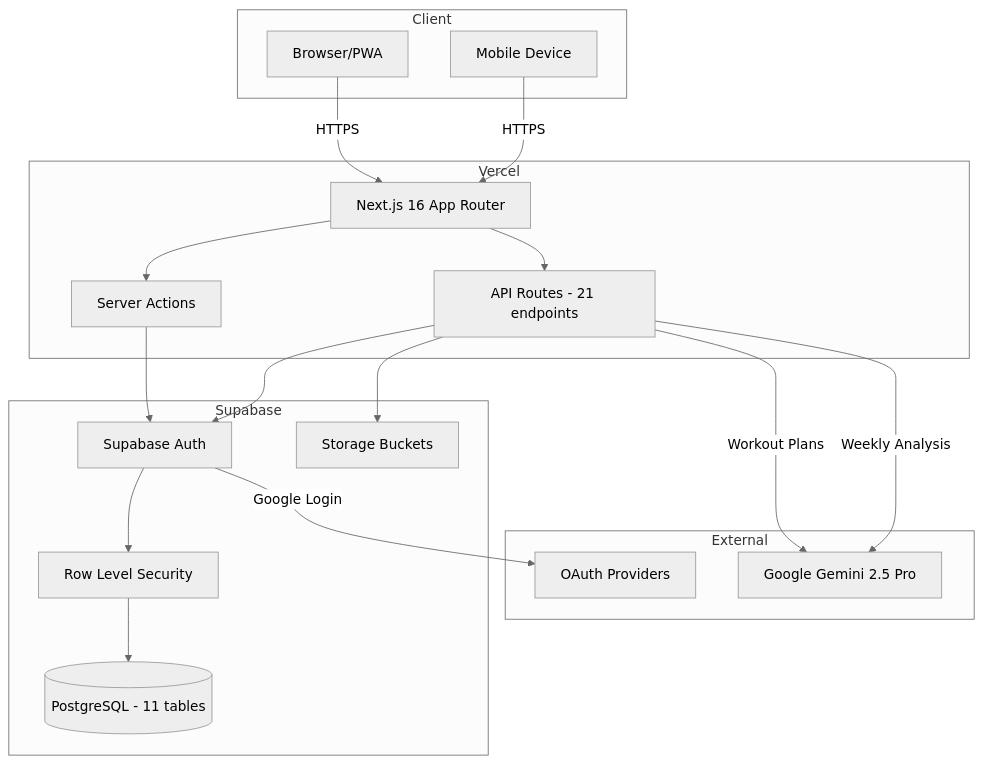
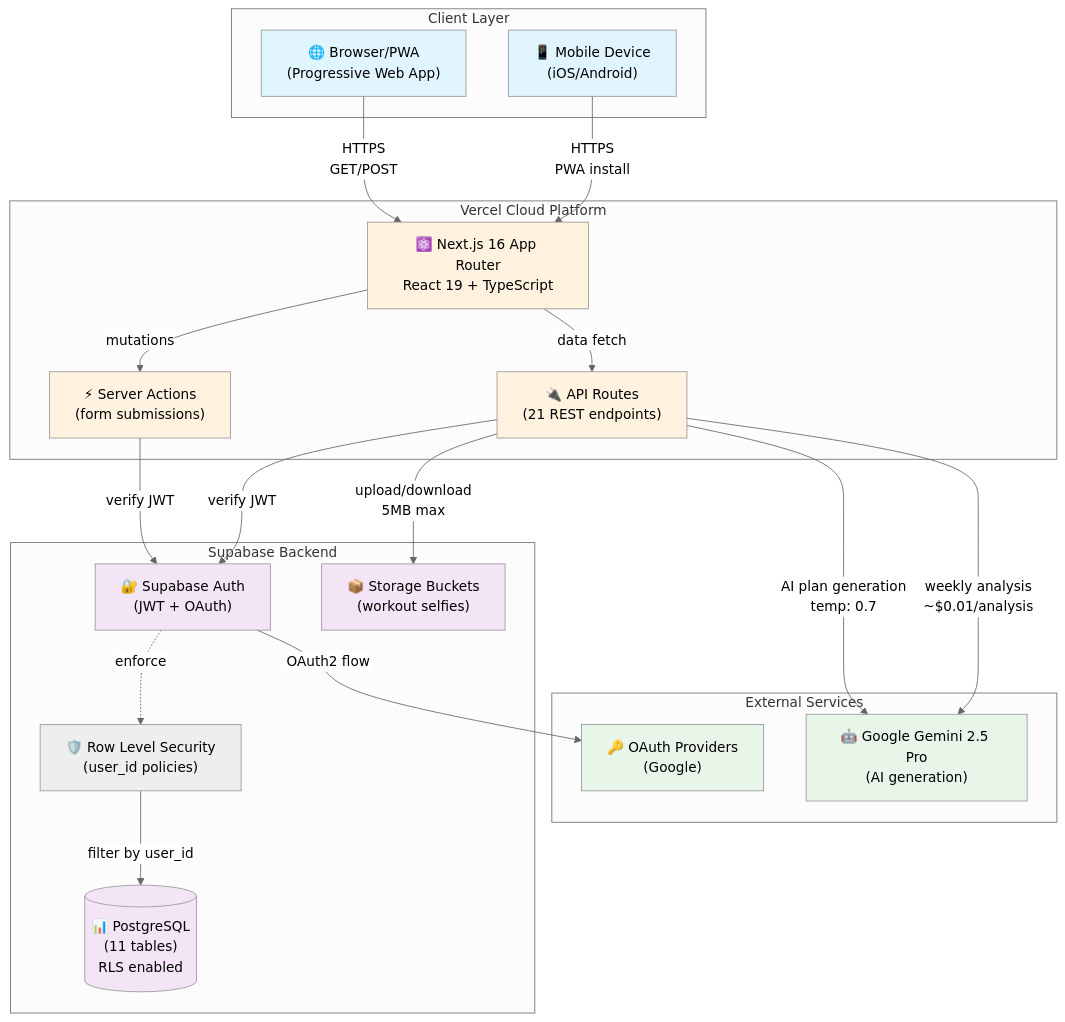
One commit to saurabhpro/goodhealth changed the first of 6 diagrams in docs/ARCHITECTURE.md. Above: the diagram before and after it, drawn with Mermaid (neutral theme). The commit also changed other lines of this file, not shown here.

````diff
--- a/docs/ARCHITECTURE.md
+++ b/docs/ARCHITECTURE.md
@@ -5,38 +9,49 @@
 ```mermaid
 graph TB
-    subgraph Client
-        Browser[Browser/PWA]
-        Mobile[Mobile Device]
+    subgraph Client["Client Layer"]
+        Browser["🌐 Browser/PWA<br/>(Progressive Web App)"]
+        Mobile["📱 Mobile Device<br/>(iOS/Android)"]
     end
 
-    subgraph Vercel
-        NextJS[Next.js 16 App Router]
-        API[API Routes - 21 endpoints]
-        ServerActions[Server Actions]
+    subgraph Vercel["Vercel Cloud Platform"]
+        NextJS["⚛️ Next.js 16 App Router<br/>React 19 + TypeScript"]
+        API["🔌 API Routes<br/>(21 REST endpoints)"]
+        ServerActions["⚡ Server Actions<br/>(form submissions)"]
     end
 
-    subgraph Supabase
-        Auth[Supabase Auth]
-        DB[(PostgreSQL - 11 tables)]
-        Storage[Storage Buckets]
-        RLS[Row Level Security]
+    subgraph Supabase["Supabase Backend"]
+        Auth["🔐 Supabase Auth<br/>(JWT + OAuth)"]
+        DB[("📊 PostgreSQL<br/>(11 tables)<br/>RLS enabled")]
+        Storage["📦 Storage Buckets<br/>(workout selfies)"]
+        RLS["🛡️ Row Level Security<br/>(user_id policies)"]
     end
 
-    subgraph External
-        Gemini[Google Gemini 2.5 Pro]
-        OAuth[OAuth Providers]
+    subgraph External["External Services"]
+        Gemini["🤖 Google Gemini 2.5 Pro<br/>(AI generation)"]
+        OAuth["🔑 OAuth Providers<br/>(Google)"]
     end
 
-    Browser -->|HTTPS| NextJS
-    Mobile -->|HTTPS| NextJS
-    NextJS --> ServerActions
-    NextJS --> API
-    ServerActions --> Auth
-    API --> Auth
-    Auth --> RLS
-    RLS --> DB
-    API --> Storage
-    API -->|Workout Plans| Gemini
-    API -->|Weekly Analysis| Gemini
-    Auth -->|Google Login| OAuth
+    Browser -->|"HTTPS<br/>GET/POST"| NextJS
+    Mobile -->|"HTTPS<br/>PWA install"| NextJS
+    NextJS -->|"mutations"| ServerActions
+    NextJS -->|"data fetch"| API
+    ServerActions -->|"verify JWT"| Auth
+    API -->|"verify JWT"| Auth
+    Auth -.->|"enforce"| RLS
+    RLS -->|"filter by user_id"| DB
+    API -->|"upload/download<br/>5MB max"| Storage
+    API -->|"AI plan generation<br/>temp: 0.7"| Gemini
+    API -->|"weekly analysis<br/>~$0.01/analysis"| Gemini
+    Auth -->|"OAuth2 flow"| OAuth
+
+    style Browser fill:#e1f5ff
+    style Mobile fill:#e1f5ff
+    style NextJS fill:#fff3e0
+    style API fill:#fff3e0
+    style ServerActions fill:#fff3e0
+    style DB fill:#f3e5f5
+    style Auth fill:#f3e5f5
+    style Storage fill:#f3e5f5
+    style Gemini fill:#e8f5e9
+    style OAuth fill:#e8f5e9
 ```
````
